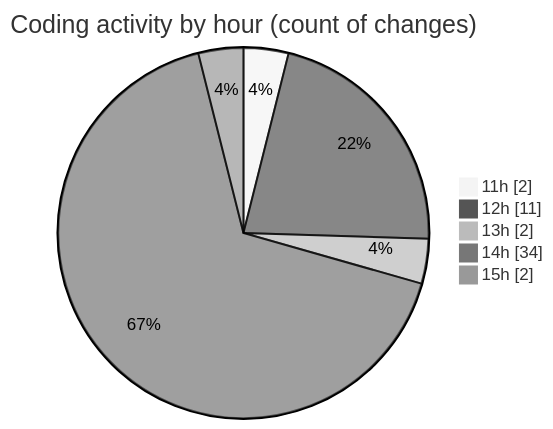
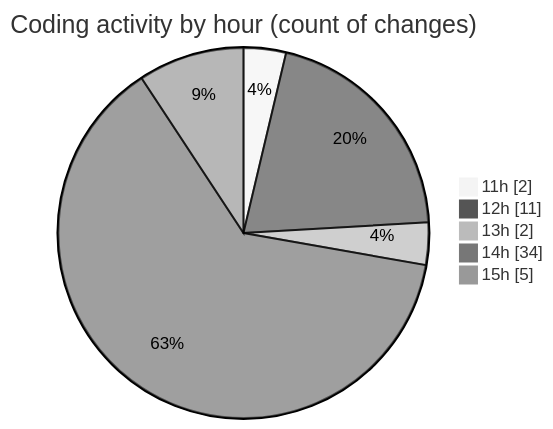
Before and after one commit to nxtqubesakshisongat/code-tracking: the second of 2 diagrams in 2025-09-10/cashcalc/README.md, drawn with Mermaid (neutral theme). The commit also changed other lines of this file and 1 other file, not shown here.

````diff
--- a/2025-09-10/cashcalc/README.md
+++ b/2025-09-10/cashcalc/README.md
@@ -45,9 +45,9 @@
 ```mermaid
 pie showData
 title Coding activity by hour (count of changes)
 "11h" : 2
 "12h" : 11
 "13h" : 2
 "14h" : 34
-"15h" : 2
+"15h" : 5
 ```
````
